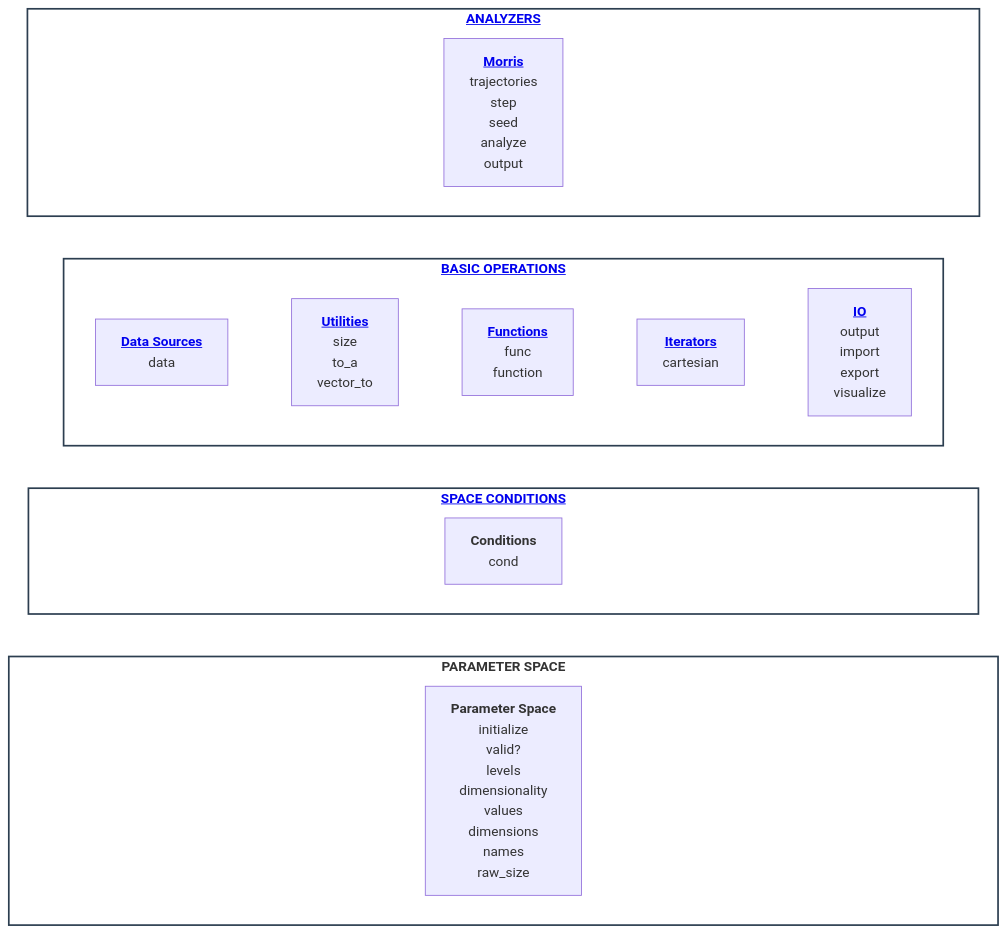
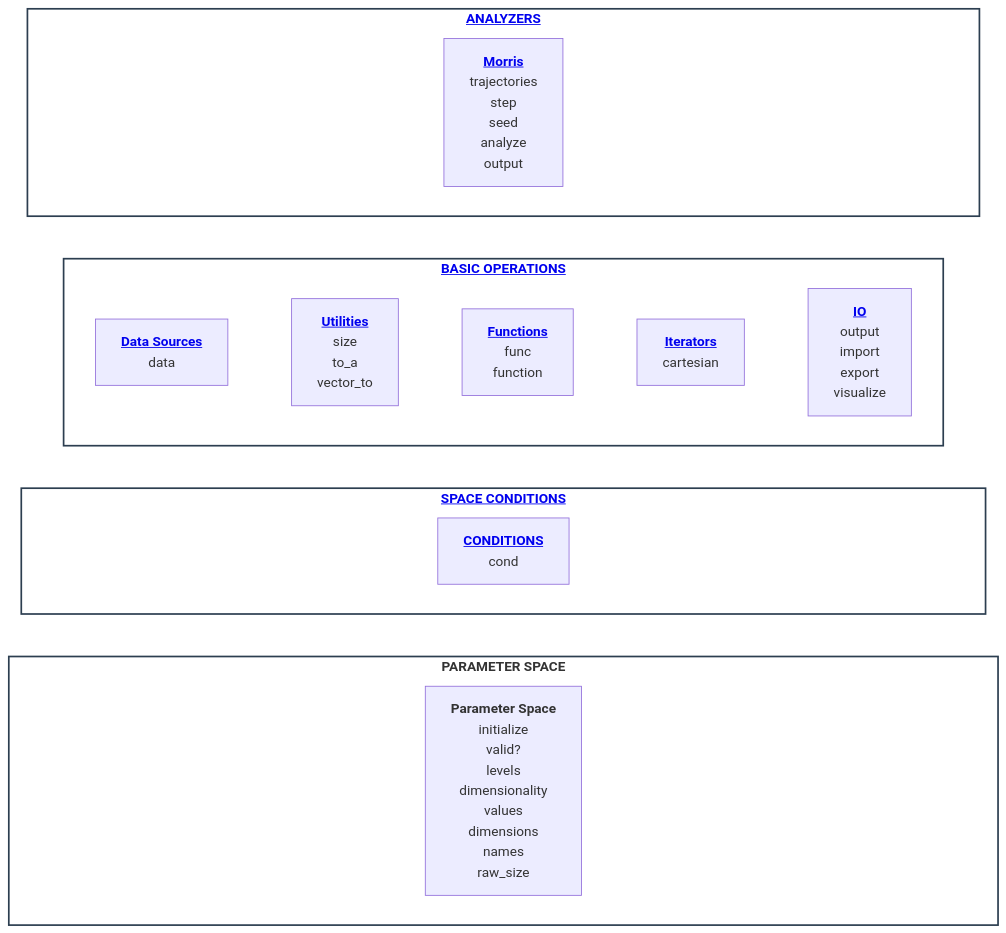
Before and after one commit to Yuri-Rassokhin/flex-cartesian: the diagram in docs/api/api.md, drawn with Mermaid.

Commit message:
updated: README

````diff
--- a/docs/api/api.md
+++ b/docs/api/api.md
@@ -6,31 +6,31 @@
 ```mermaid
 flowchart TB
     classDef layer fill:#ffffff,stroke:#2c3e50,stroke-width:2px;
     classDef ghost fill:transparent,stroke:transparent,color:transparent;
 
     subgraph Analyzers ["<a href='https://github.com/Yuri-Rassokhin/flex-cartesian/blob/main/docs/api/api.md#analyzers'><b>ANALYZERS</b></a>"]
         direction LR
         gA1["xxxxxxxxxxxxxxxxxxxxxxxxxxxxxxxxxxxxxxxx"]:::ghost ~~~ M["<a href='https://github.com/Yuri-Rassokhin/flex-cartesian/blob/main/docs/api/api.md#morris-analyzer'><b>Morris</b></a><br/>trajectories<br/>step<br/>seed<br/>analyze<br/>output"] ~~~ gA2["xxxxxxxxxxxxxxxxxxxxxxxxxxxxxxxxxxxxxxxx"]:::ghost
     end
 
     subgraph Core ["<a href='https://github.com/Yuri-Rassokhin/flex-cartesian/blob/main/docs/api/api.md#basic-operations'><b>BASIC OPERATIONS</b></a>"]
         direction LR
         DS["<a href='https://github.com/Yuri-Rassokhin/flex-cartesian/blob/main/docs/api/api.md#data-sources'><b>Data Sources</b></a><br/>data"] ~~~ UT["<a href='https://github.com/Yuri-Rassokhin/flex-cartesian/blob/main/docs/api/api.md#utilities'><b>Utilities</b></a><br/>size<br/>to_a<br/>vector_to"] ~~~ FN["<a href='https://github.com/Yuri-Rassokhin/flex-cartesian/blob/main/docs/api/api.md#functions'><b>Functions</b></a><br/>func<br/>function"] ~~~ IT["<a href='https://github.com/Yuri-Rassokhin/flex-cartesian/blob/main/docs/api/api.md#iterators'><b>Iterators</b></a><br/>cartesian"] ~~~ IO["<a href='https://github.com/Yuri-Rassokhin/flex-cartesian/blob/main/docs/api/api.md#io'><b>IO</b></a><br/>output<br/>import<br/>export<br/>visualize"]
     end
 
     subgraph Cond ["<a href='https://github.com/Yuri-Rassokhin/flex-cartesian/blob/main/docs/api/api.md#space-conditions'><b>SPACE CONDITIONS</b></a>"]
         direction LR
-        gC1["xxxxxxxxxxxxxxxxxxxxxxxxxxxxxxxxxxxxxxxx"]:::ghost ~~~ C["<b>Conditions</b><br/>cond"] ~~~ gC2["xxxxxxxxxxxxxxxxxxxxxxxxxxxxxxxxxxxxxxxx"]:::ghost
+        gC1["xxxxxxxxxxxxxxxxxxxxxxxxxxxxxxxxxxxxxxxx"]:::ghost ~~~ C["<a href='https://github.com/Yuri-Rassokhin/flex-cartesian/blob/main/docs/api/api.md#conditions'><b>CONDITIONS</b></a><br/>cond"] ~~~ gC2["xxxxxxxxxxxxxxxxxxxxxxxxxxxxxxxxxxxxxxxx"]:::ghost
     end
 
     subgraph Params ["<b>PARAMETER SPACE</b>"]
         direction LR
         gP1["xxxxxxxxxxxxxxxxxxxxxxxxxxxxxxxxxxxxxxxx"]:::ghost ~~~ PS["<b>Parameter Space</b><br/>initialize<br/>valid?<br/>levels<br/>dimensionality<br/>values<br/>dimensions<br/>names<br/>raw_size"] ~~~ gP2["xxxxxxxxxxxxxxxxxxxxxxxxxxxxxxxxxxxxxxxx"]:::ghost
     end
 
     Analyzers ~~~ Core
     Core ~~~ Cond
     Cond ~~~ Params
 
     class Analyzers,Core,Cond,Params layer;
 ```
````
